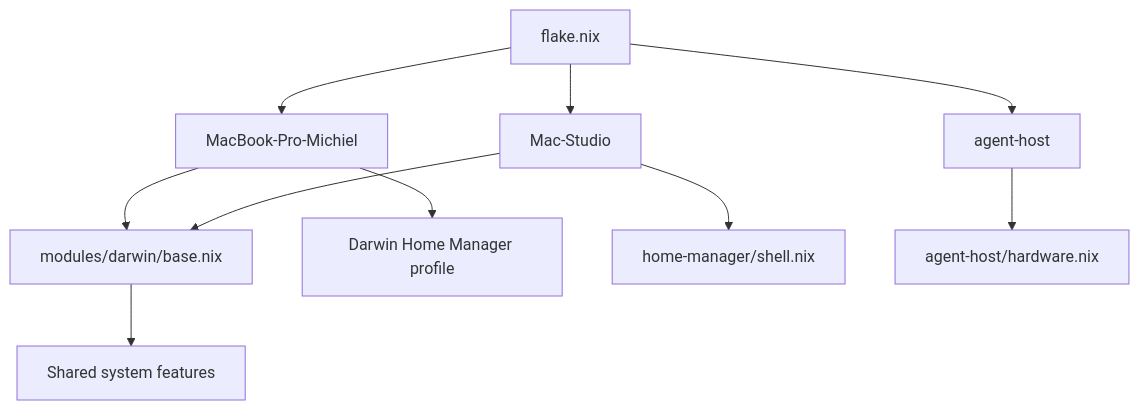
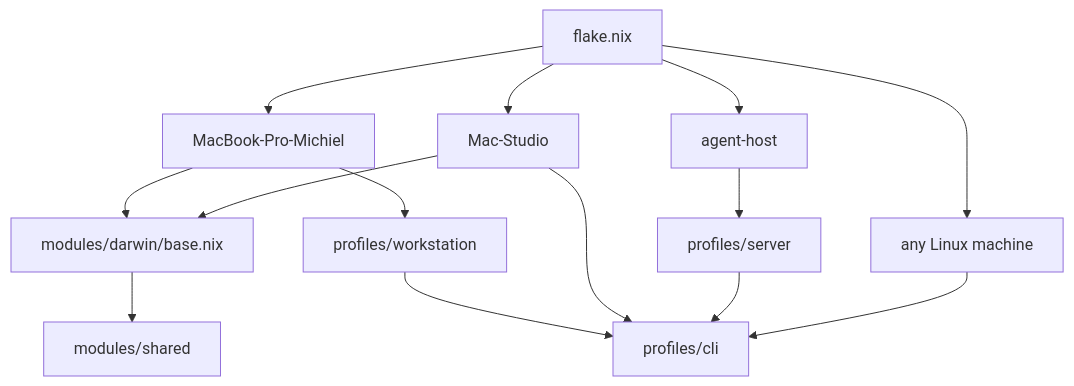
One commit to mrbruins/.nixos-config changed the diagram in README.md. Above: the diagram before and after it, drawn with Mermaid. The commit also changed other lines of this file and 44 other files, not shown here.

````diff
--- a/README.md
+++ b/README.md
@@ -59,12 +60,16 @@
 ```mermaid
 flowchart TD
   Flake[flake.nix] --> Mac[MacBook-Pro-Michiel]
   Flake --> Studio[Mac-Studio]
   Flake --> Agent[agent-host]
+  Flake --> Linux[any Linux machine]
   Mac --> Base[modules/darwin/base.nix]
   Studio --> Base
-  Base --> Shared[Shared system features]
-  Mac --> DarwinHM[Darwin Home Manager profile]
-  Studio --> ShellHM[home-manager/shell.nix]
-  Agent --> Hardware[agent-host/hardware.nix]
+  Base --> Shared[modules/shared]
+  Mac --> Workstation[profiles/workstation]
+  Agent --> Server[profiles/server]
+  Workstation --> CLI[profiles/cli]
+  Studio --> CLI
+  Server --> CLI
+  Linux --> CLI
 ```
````
